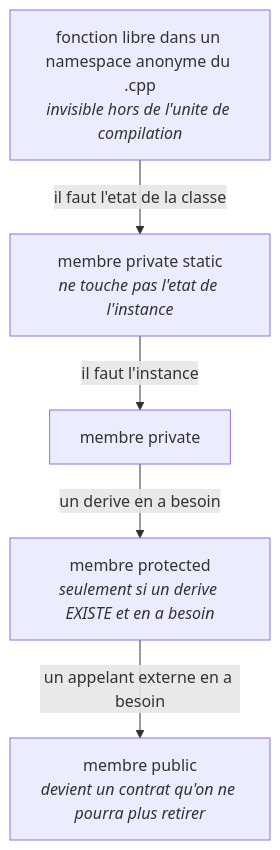
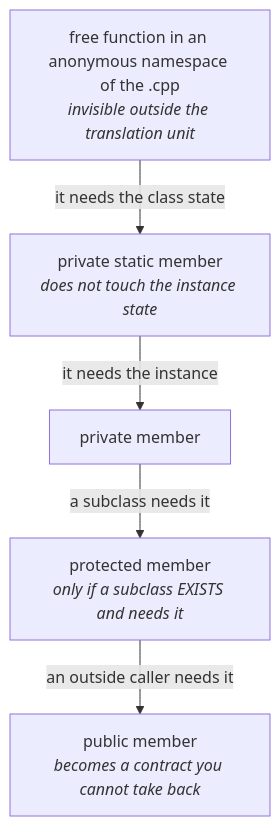
Before and after one commit to MasterLaplace/LplCraftSkills: the first of 2 diagrams in skills/commencer-ferme/SKILL.md, drawn with Mermaid. The commit also changed other lines of this file and 16 other files, not shown here.

First line of the commit message:
docs: Mermaid diagram text moves to English, the prose stays French

````diff
--- a/skills/commencer-ferme/SKILL.md
+++ b/skills/commencer-ferme/SKILL.md
@@ -103,12 +103,12 @@
 ```mermaid
 flowchart TD
-  A["fonction libre dans un namespace anonyme du .cpp<br/><i>invisible hors de l'unite de compilation</i>"]
-  B["membre private static<br/><i>ne touche pas l'etat de l'instance</i>"]
-  C["membre private"]
-  D["membre protected<br/><i>seulement si un derive EXISTE et en a besoin</i>"]
-  E["membre public<br/><i>devient un contrat qu'on ne pourra plus retirer</i>"]
-  A -->|"il faut l'etat de la classe"| B
-  B -->|"il faut l'instance"| C
-  C -->|"un derive en a besoin"| D
-  D -->|"un appelant externe en a besoin"| E
+  A["free function in an anonymous namespace of the .cpp<br/><i>invisible outside the translation unit</i>"]
+  B["private static member<br/><i>does not touch the instance state</i>"]
+  C["private member"]
+  D["protected member<br/><i>only if a subclass EXISTS and needs it</i>"]
+  E["public member<br/><i>becomes a contract you cannot take back</i>"]
+  A -->|"it needs the class state"| B
+  B -->|"it needs the instance"| C
+  C -->|"a subclass needs it"| D
+  D -->|"an outside caller needs it"| E
 ```
````
